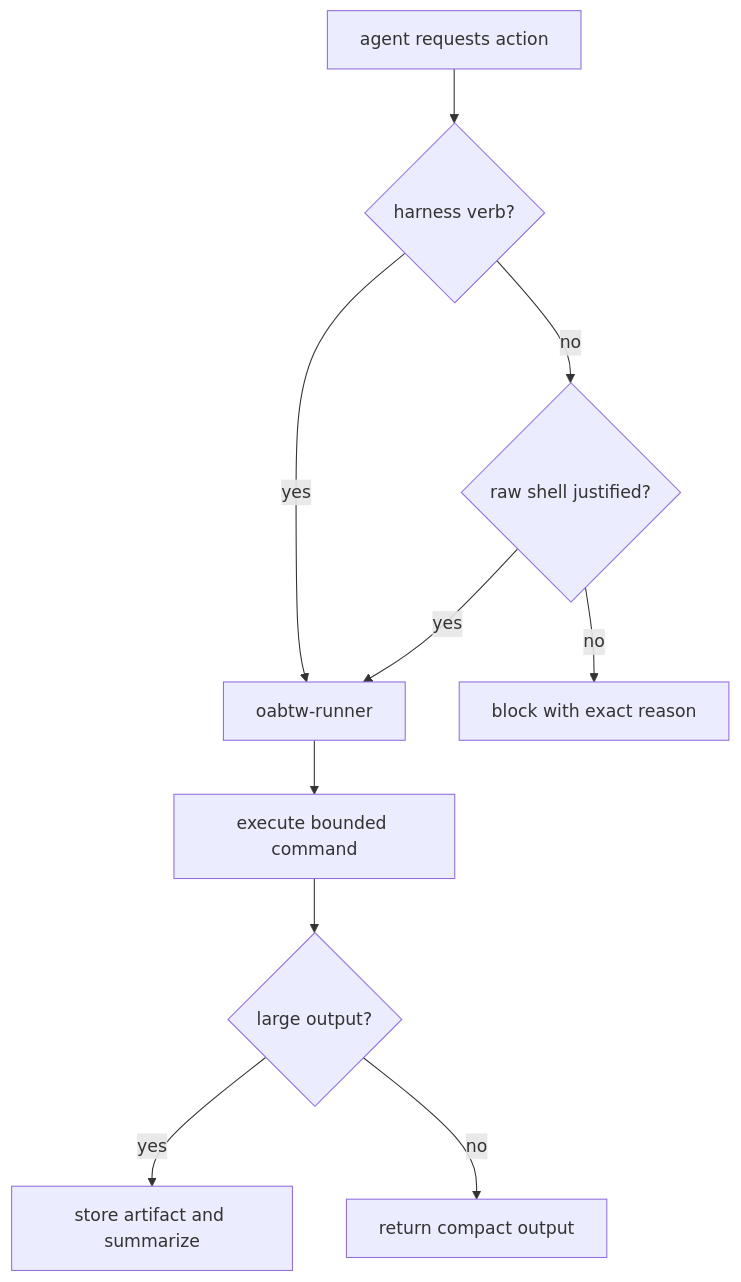
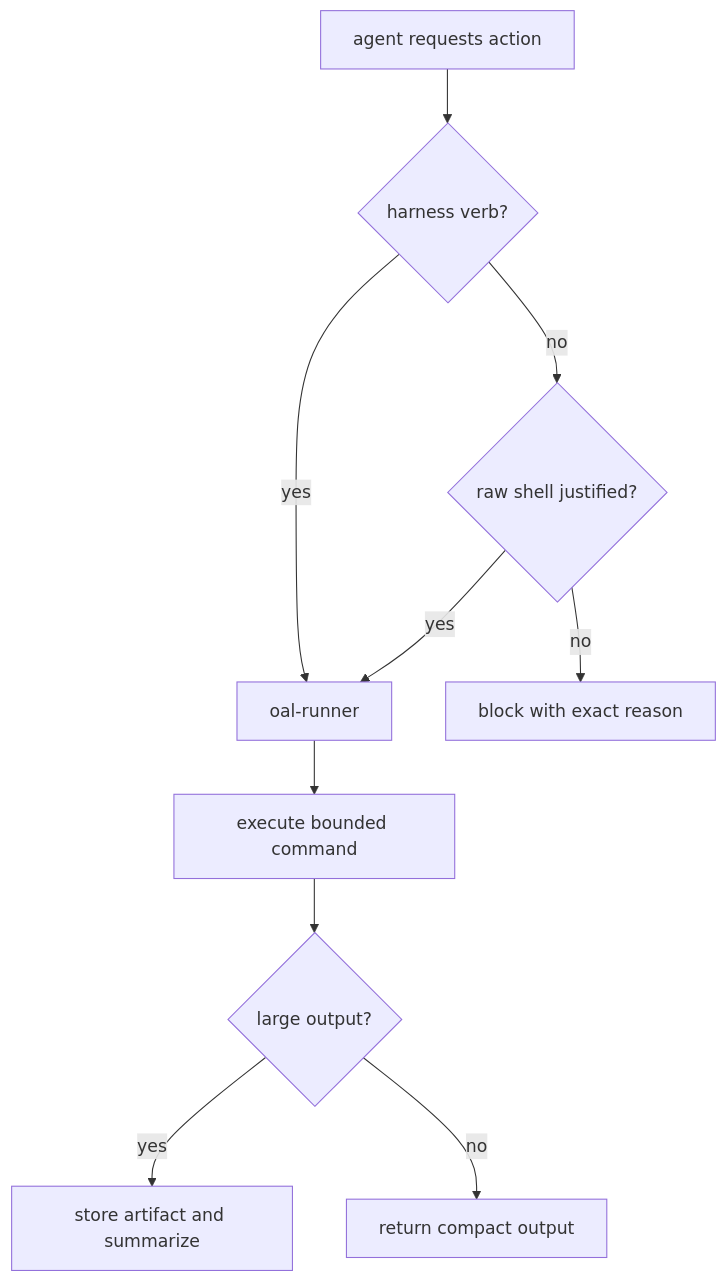
Before and after one commit to xsyetopz/ClaudeAgents: the second of 7 diagrams in plans/020-mermaid-flows.md, drawn with Mermaid. The commit also changed other lines of this file and 9 other files, not shown here.

````diff
--- a/plans/020-mermaid-flows.md
+++ b/plans/020-mermaid-flows.md
@@ -17,12 +17,12 @@
 ```mermaid
 flowchart TD
   A[agent requests action] --> B{harness verb?}
-  B -- yes --> C[oabtw-runner]
+  B -- yes --> C[oal-runner]
   B -- no --> D{raw shell justified?}
   D -- no --> E[block with exact reason]
   D -- yes --> C
   C --> F[execute bounded command]
   F --> G{large output?}
   G -- yes --> H[store artifact and summarize]
   G -- no --> I[return compact output]
 ```
````
